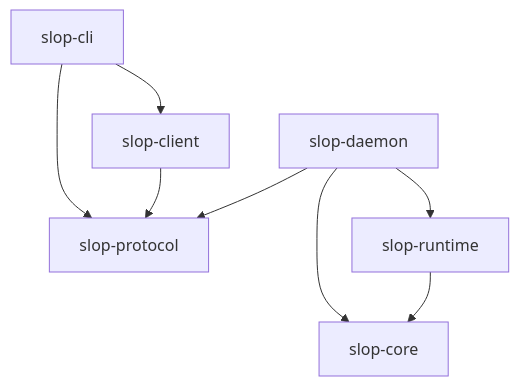
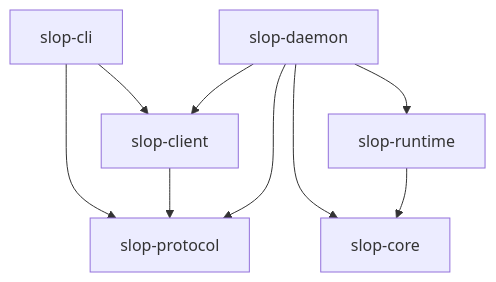
Before and after one commit to Araozu/slopconductor: the second of 2 diagrams in docs/overview.md, drawn with Mermaid. The commit also changed other lines of this file and 45 other files, not shown here.

````diff
--- a/docs/overview.md
+++ b/docs/overview.md
@@ -37,10 +38,11 @@
 ```mermaid
 flowchart TD
     CLI[slop-cli] --> Client[slop-client]
     CLI --> Protocol[slop-protocol]
     Client --> Protocol
-    Daemon[slop-daemon] --> Protocol
+    Daemon[slop-daemon] --> Client
+    Daemon --> Protocol
     Daemon --> Runtime[slop-runtime]
     Daemon --> Core[slop-core]
     Runtime --> Core
 ```
````
